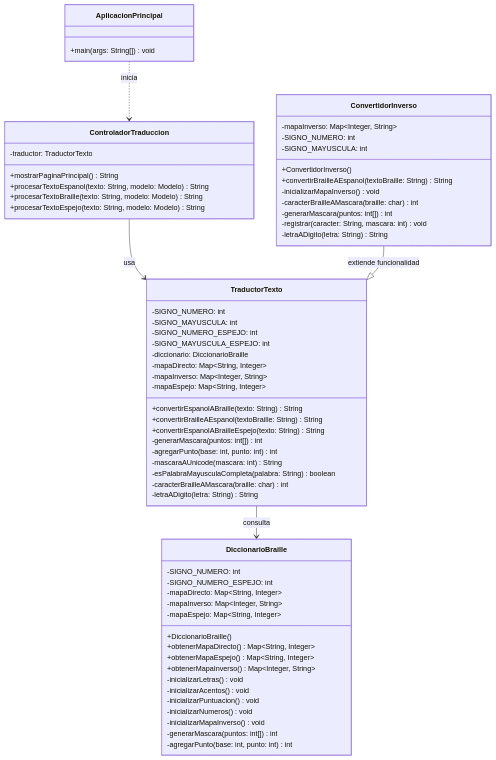
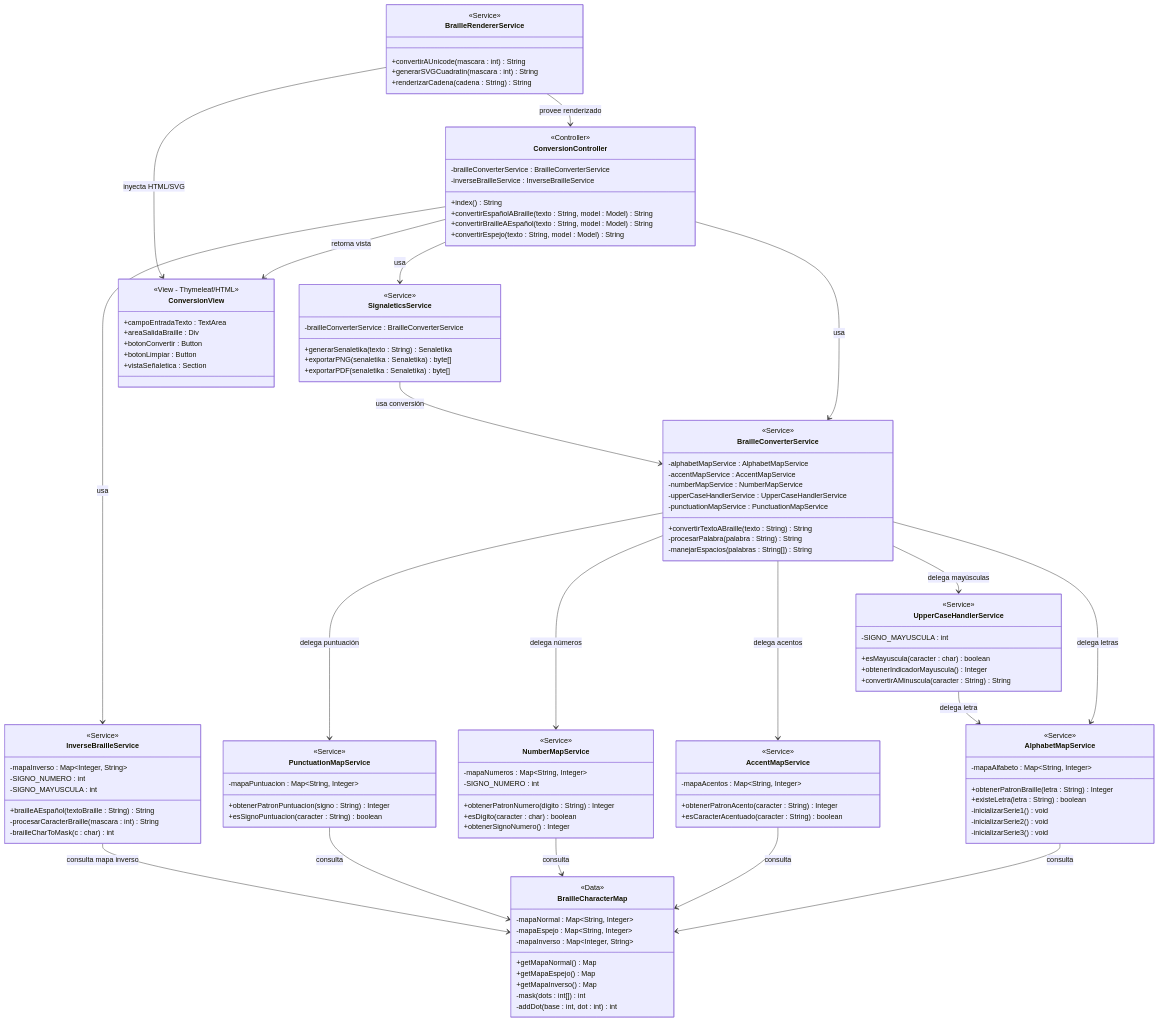
The first of 3 diagrams in docs/design/diagrama-de-clases.md (MRGonorrea79/Proyecto-Agile), drawn with Mermaid before and after one commit. The commit also changed other lines of this file, not shown here.

First line of the commit message:
Update diagrama-de-clases.md

````diff
--- a/docs/design/diagrama-de-clases.md
+++ b/docs/design/diagrama-de-clases.md
@@ -15,71 +13,138 @@
 ```mermaid
 classDiagram
-    class AplicacionPrincipal {
-        +main(args: String[]) void
+    direction TB
+
+    class ConversionController {
+        <<Controller>>
+        -brailleConverterService : BrailleConverterService
+        -inverseBrailleService : InverseBrailleService
+        +index() String
+        +convertirEspañolABraille(texto : String, model : Model) String
+        +convertirBrailleAEspañol(texto : String, model : Model) String
+        +convertirEspejo(texto : String, model : Model) String
     }
 
-    class ControladorTraduccion {
-        -traductor: TraductorTexto
-        +mostrarPaginaPrincipal() String
-        +procesarTextoEspanol(texto: String, modelo: Modelo) String
-        +procesarTextoBraille(texto: String, modelo: Modelo) String
-        +procesarTextoEspejo(texto: String, modelo: Modelo) String
+    class BrailleConverterService {
+        <<Service>>
+        -alphabetMapService : AlphabetMapService
+        -accentMapService : AccentMapService
+        -numberMapService : NumberMapService
+        -upperCaseHandlerService : UpperCaseHandlerService
+        -punctuationMapService : PunctuationMapService
+        +convertirTextoABraille(texto : String) String
+        -procesarPalabra(palabra : String) String
+        -manejarEspacios(palabras : String[]) String
     }
 
-    class TraductorTexto {
-        -SIGNO_NUMERO: int
-        -SIGNO_MAYUSCULA: int
-        -SIGNO_NUMERO_ESPEJO: int
-        -SIGNO_MAYUSCULA_ESPEJO: int
-        -diccionario: DiccionarioBraille
-        -mapaDirecto: Map~String, Integer~
-        -mapaInverso: Map~Integer, String~
-        -mapaEspejo: Map~String, Integer~
-        +convertirEspanolABraille(texto: String) String
-        +convertirBrailleAEspanol(textoBraille: String) String
-        +convertirEspanolABrailleEspejo(texto: String) String
-        -generarMascara(puntos: int[]) int
-        -agregarPunto(base: int, punto: int) int
-        -mascaraAUnicode(mascara: int) String
-        -esPalabraMayusculaCompleta(palabra: String) boolean
-        -caracterBrailleAMascara(braille: char) int
-        -letraADigito(letra: String) String
+    class AlphabetMapService {
+        <<Service>>
+        -mapaAlfabeto : Map~String, Integer~
+        +obtenerPatronBraille(letra : String) Integer
+        +existeLetra(letra : String) boolean
+        -inicializarSerie1() void
+        -inicializarSerie2() void
+        -inicializarSerie3() void
     }
 
-    class DiccionarioBraille {
-        -SIGNO_NUMERO: int
-        -SIGNO_NUMERO_ESPEJO: int
-        -mapaDirecto: Map~String, Integer~
-        -mapaInverso: Map~Integer, String~
-        -mapaEspejo: Map~String, Integer~
-        +DiccionarioBraille()
-        +obtenerMapaDirecto() Map~String, Integer~
-        +obtenerMapaEspejo() Map~String, Integer~
-        +obtenerMapaInverso() Map~Integer, String~
-        -inicializarLetras() void
-        -inicializarAcentos() void
-        -inicializarPuntuacion() void
-        -inicializarNumeros() void
-        -inicializarMapaInverso() void
-        -generarMascara(puntos: int[]) int
-        -agregarPunto(base: int, punto: int) int
+    class AccentMapService {
+        <<Service>>
+        -mapaAcentos : Map~String, Integer~
+        +obtenerPatronAcento(caracter : String) Integer
+        +esCaracterAcentuado(caracter : String) boolean
     }
 
-    class ConvertidorInverso {
-        -mapaInverso: Map~Integer, String~
-        -SIGNO_NUMERO: int
-        -SIGNO_MAYUSCULA: int
-        +ConvertidorInverso()
-        +convertirBrailleAEspanol(textoBraille: String) String
-        -inicializarMapaInverso() void
-        -caracterBrailleAMascara(braille: char) int
-        -generarMascara(puntos: int[]) int
-        -registrar(caracter: String, mascara: int) void
-        -letraADigito(letra: String) String
+    class NumberMapService {
+        <<Service>>
+        -mapaNumeros : Map~String, Integer~
+        -SIGNO_NUMERO : int
+        +obtenerPatronNumero(digito : String) Integer
+        +esDigito(caracter : char) boolean
+        +obtenerSignoNumero() Integer
     }
 
-    AplicacionPrincipal ..> ControladorTraduccion : inicia
-    ControladorTraduccion --> TraductorTexto : usa
-    TraductorTexto --> DiccionarioBraille : consulta
-    ConvertidorInverso --|> TraductorTexto : extiende funcionalidad
+    class UpperCaseHandlerService {
+        <<Service>>
+        -SIGNO_MAYUSCULA : int
+        +esMayuscula(caracter : char) boolean
+        +obtenerIndicadorMayuscula() Integer
+        +convertirAMinuscula(caracter : String) String
+    }
+
+    class PunctuationMapService {
+        <<Service>>
+        -mapaPuntuacion : Map~String, Integer~
+        +obtenerPatronPuntuacion(signo : String) Integer
+        +esSignoPuntuacion(caracter : String) boolean
+    }
+
+    class BrailleRendererService {
+        <<Service>>
+        +convertirAUnicode(mascara : int) String
+        +generarSVGCuadratin(mascara : int) String
+        +renderizarCadena(cadena : String) String
+    }
+
+    class SignaleticsService {
+        <<Service>>
+        -brailleConverterService : BrailleConverterService
+        +generarSenaletika(texto : String) Senaletika
+        +exportarPNG(senaletika : Senaletika) byte[]
+        +exportarPDF(senaletika : Senaletika) byte[]
+    }
+
+    class InverseBrailleService {
+        <<Service>>
+        -mapaInverso : Map~Integer, String~
+        -SIGNO_NUMERO : int
+        -SIGNO_MAYUSCULA : int
+        +brailleAEspañol(textoBraille : String) String
+        -procesarCaracterBraille(mascara : int) String
+        -brailleCharToMask(c : char) int
+    }
+
+    class BrailleCharacterMap {
+        <<Data>>
+        -mapaNormal : Map~String, Integer~
+        -mapaEspejo : Map~String, Integer~
+        -mapaInverso : Map~Integer, String~
+        +getMapaNormal() Map
+        +getMapaEspejo() Map
+        +getMapaInverso() Map
+        -mask(dots : int[]) int
+        -addDot(base : int, dot : int) int
+    }
+
+    class ConversionView {
+        <<View - Thymeleaf/HTML>>
+        +campoEntradaTexto : TextArea
+        +areaSalidaBraille : Div
+        +botonConvertir : Button
+        +botonLimpiar : Button
+        +vistaSeñaletica : Section
+    }
+
+    %% Relaciones
+    ConversionController --> BrailleConverterService : usa
+    ConversionController --> InverseBrailleService : usa
+    ConversionController --> SignaleticsService : usa
+    ConversionController --> ConversionView : retorna vista
+
+    BrailleConverterService --> AlphabetMapService : delega letras
+    BrailleConverterService --> AccentMapService : delega acentos
+    BrailleConverterService --> NumberMapService : delega números
+    BrailleConverterService --> UpperCaseHandlerService : delega mayúsculas
+    BrailleConverterService --> PunctuationMapService : delega puntuación
+
+    AlphabetMapService --> BrailleCharacterMap : consulta
+    AccentMapService --> BrailleCharacterMap : consulta
+    NumberMapService --> BrailleCharacterMap : consulta
+    PunctuationMapService --> BrailleCharacterMap : consulta
+    UpperCaseHandlerService --> AlphabetMapService : delega letra
+
+    BrailleRendererService --> ConversionController : provee renderizado
+    BrailleRendererService --> ConversionView : inyecta HTML/SVG
+
+    SignaleticsService --> BrailleConverterService : usa conversión
+
+    InverseBrailleService --> BrailleCharacterMap : consulta mapa inverso
 ```
````
